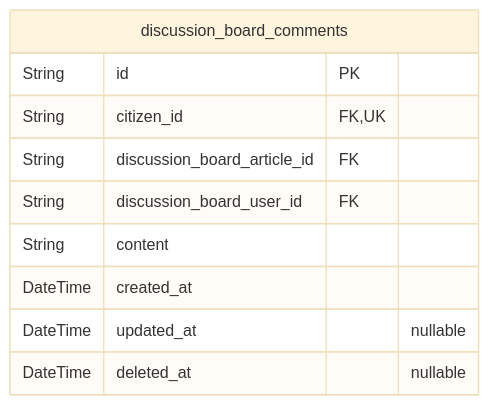
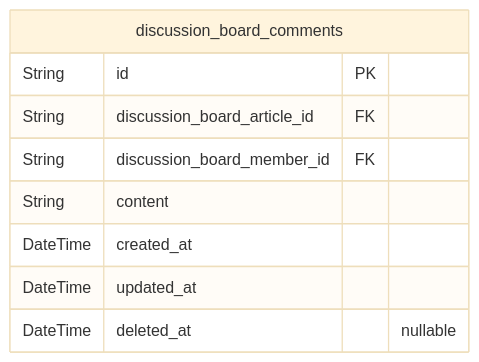
Before and after one commit to wrtnlabs/autobe-examples: the fourth of 5 diagrams in z-ai/glm-5/bbs/docs/ERD.md, drawn with Mermaid (base theme). The commit also changed other lines of this file and 17098 other files, not shown here.

````diff
--- a/z-ai/glm-5/bbs/docs/ERD.md
+++ b/z-ai/glm-5/bbs/docs/ERD.md
@@ -883,13 +751,12 @@
 ```mermaid
 erDiagram
 "discussion_board_comments" {
   String id PK
-  String citizen_id FK,UK
   String discussion_board_article_id FK
-  String discussion_board_user_id FK
+  String discussion_board_member_id FK
   String content
   DateTime created_at
-  DateTime updated_at "nullable"
+  DateTime updated_at
   DateTime deleted_at "nullable"
 }
 ```
````
